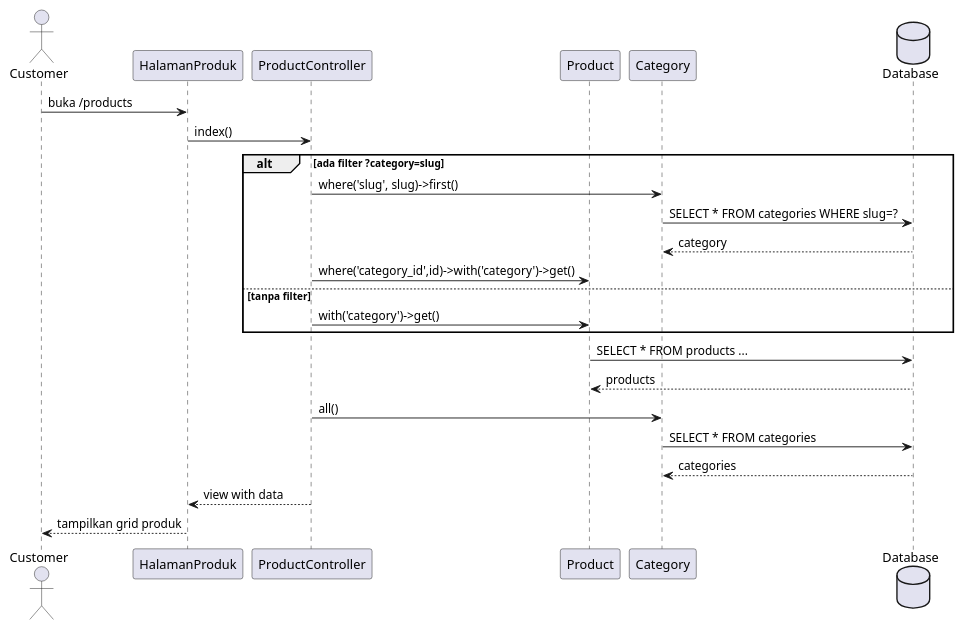
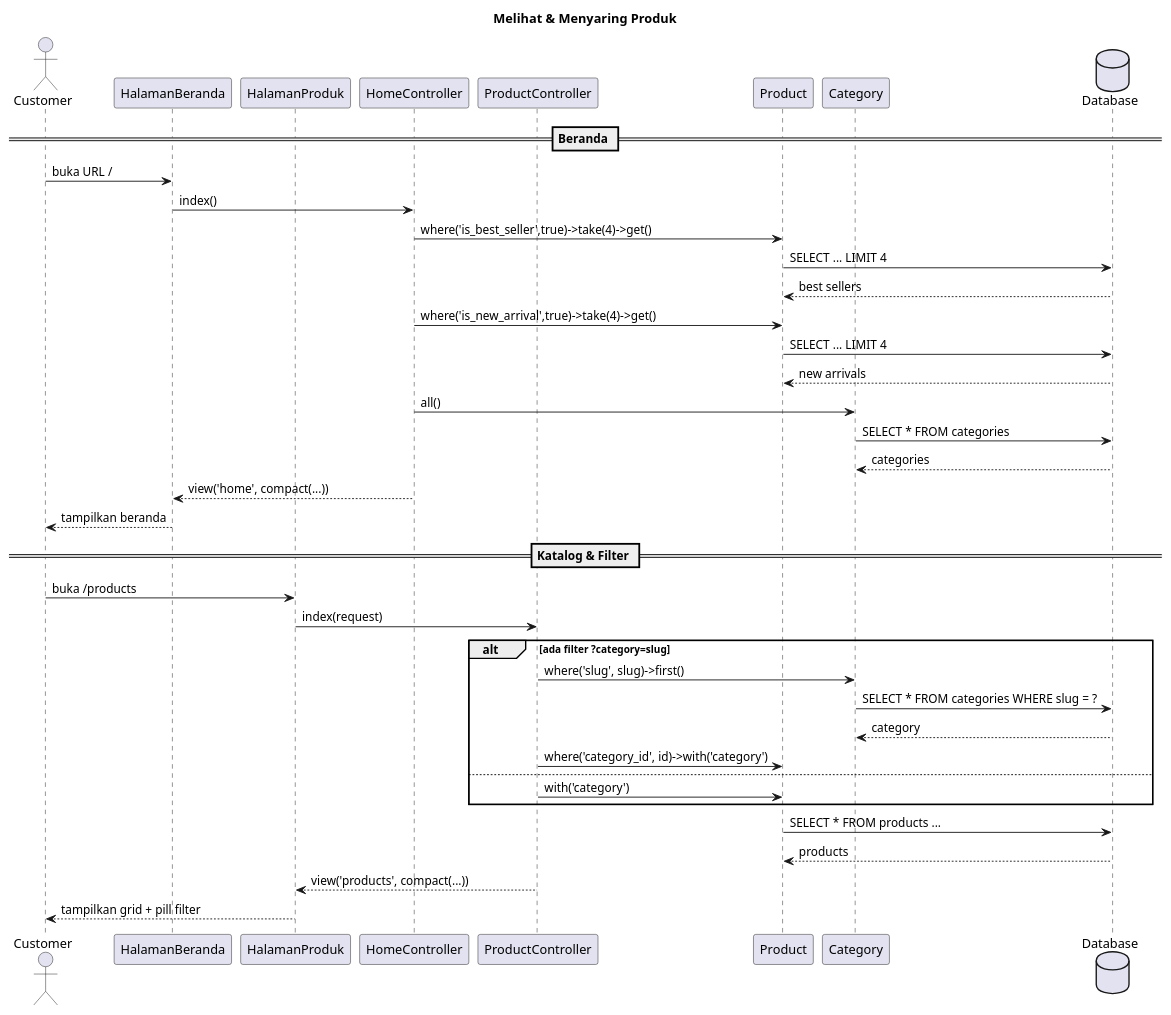
The third of 10 diagrams in DPPL.md (notsorcerer/ABP-WEB), drawn with PlantUML before and after one commit. The commit also changed other lines of this file and 1 other file, not shown here.

````diff
--- a/DPPL.md
+++ b/DPPL.md
@@ -1207,31 +1120,45 @@
 ```plantuml
 @startuml
+title Melihat & Menyaring Produk
+
 actor Customer
-participant "HalamanProduk" as UI
-participant "ProductController" as C
+participant "HalamanBeranda" as UI1
+participant "HalamanProduk" as UI2
+participant "HomeController" as HC
+participant "ProductController" as PC
 participant "Product" as M1
 participant "Category" as M2
 database "Database" as DB
 
-Customer -> UI : buka /products
-UI -> C : index()
+== Beranda ==
+Customer -> UI1 : buka URL /
+UI1 -> HC : index()
+HC -> M1 : where('is_best_seller',true)->take(4)->get()
+M1 -> DB : SELECT ... LIMIT 4
+DB --> M1 : best sellers
+HC -> M1 : where('is_new_arrival',true)->take(4)->get()
+M1 -> DB : SELECT ... LIMIT 4
+DB --> M1 : new arrivals
+HC -> M2 : all()
+M2 -> DB : SELECT * FROM categories
+DB --> M2 : categories
+HC --> UI1 : view('home', compact(...))
+UI1 --> Customer : tampilkan beranda
 
+== Katalog & Filter ==
+Customer -> UI2 : buka /products
+UI2 -> PC : index(request)
 alt ada filter ?category=slug
-  C -> M2 : where('slug', slug)->first()
-  M2 -> DB : SELECT * FROM categories WHERE slug=?
+  PC -> M2 : where('slug', slug)->first()
+  M2 -> DB : SELECT * FROM categories WHERE slug = ?
   DB --> M2 : category
-  C -> M1 : where('category_id',id)->with('category')->get()
-else tanpa filter
-  C -> M1 : with('category')->get()
+  PC -> M1 : where('category_id', id)->with('category')
+else
+  PC -> M1 : with('category')
 end
-
 M1 -> DB : SELECT * FROM products ...
 DB --> M1 : products
-C -> M2 : all()
-M2 -> DB : SELECT * FROM categories
-DB --> M2 : categories
-
-C --> UI : view with data
-UI --> Customer : tampilkan grid produk
+PC --> UI2 : view('products', compact(...))
+UI2 --> Customer : tampilkan grid + pill filter
 @enduml
 ```
````
